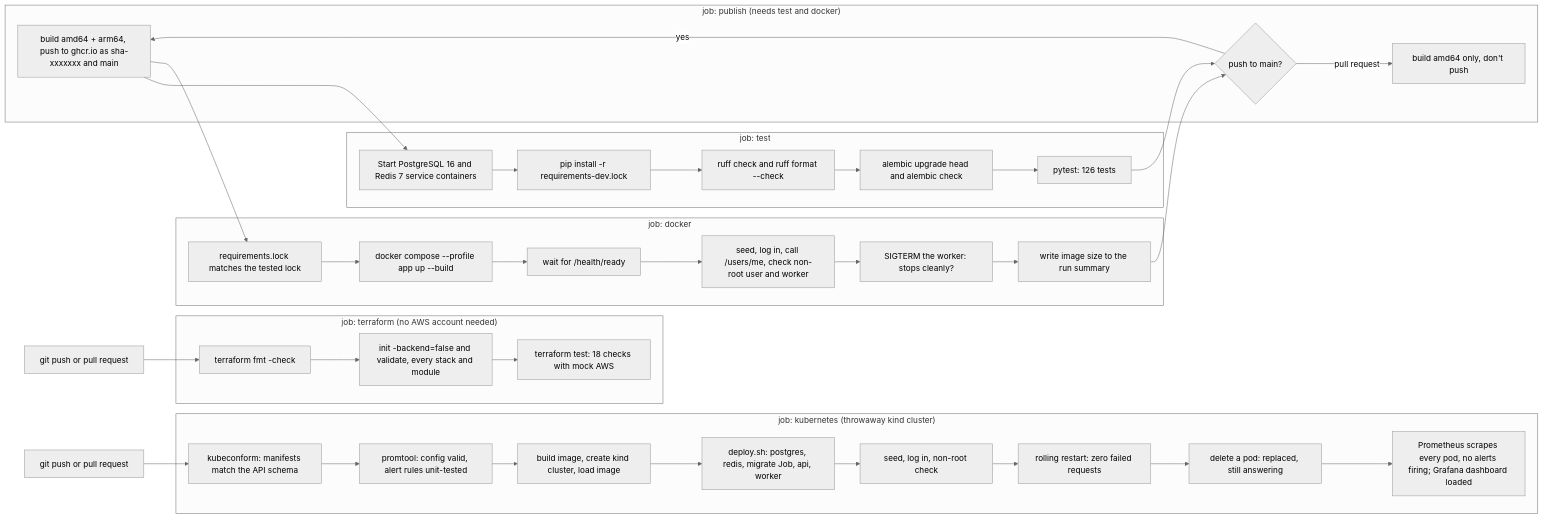
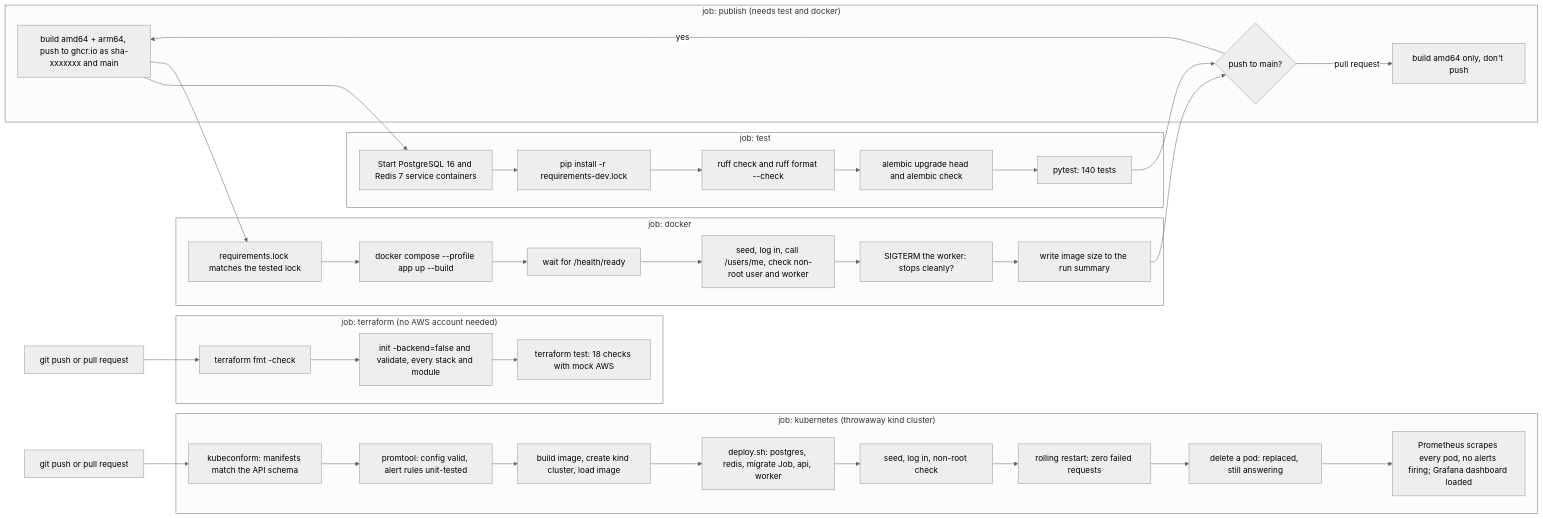
One commit to revant123/QuickServe changed the seventh of 16 diagrams in README.md. Above: the diagram before and after it, drawn with Mermaid (neutral theme). The commit also changed other lines of this file and 12 other files, not shown here.

````diff
--- a/README.md
+++ b/README.md
@@ -493,47 +495,47 @@
 ```mermaid
 flowchart LR
     push["git push or pull request"] --> pg
     push --> lock
 
     subgraph test["job: test"]
         pg["Start PostgreSQL 16 and Redis 7 service containers"] --> inst["pip install -r requirements-dev.lock"]
         inst --> lint["ruff check and ruff format --check"]
         lint --> mig["alembic upgrade head and alembic check"]
-        mig --> pyt["pytest: 126 tests"]
+        mig --> pyt["pytest: 140 tests"]
     end
 
     subgraph docker["job: docker"]
         lock["requirements.lock matches the tested lock"] --> build["docker compose --profile app up --build"]
         build --> ready["wait for /health/ready"]
         ready --> smoke["seed, log in, call /users/me, check non-root user and worker"]
         smoke --> stop["SIGTERM the worker: stops cleanly?"]
         stop --> size["write image size to the run summary"]
     end
 
     pyt --> pub
     size --> pub
 
     subgraph publish["job: publish (needs test and docker)"]
         pub{"push to main?"} -->|"yes"| push["build amd64 + arm64, push to ghcr.io as sha-xxxxxxx and main"]
         pub -->|"pull request"| only["build amd64 only, don't push"]
     end
 
     push2["git push or pull request"] --> tf
 
     subgraph terraform["job: terraform (no AWS account needed)"]
         tf["terraform fmt -check"] --> val["init -backend=false and validate, every stack and module"]
         val --> tftest["terraform test: 18 checks with mock AWS"]
     end
 
     push3["git push or pull request"] --> kc
 
     subgraph kubernetes["job: kubernetes (throwaway kind cluster)"]
         kc["kubeconform: manifests match the API schema"] --> kp["promtool: config valid, alert rules unit-tested"]
         kp --> kb["build image, create kind cluster, load image"]
         kb --> kd["deploy.sh: postgres, redis, migrate Job, api, worker"]
         kd --> ks["seed, log in, non-root check"]
         ks --> kr["rolling restart: zero failed requests"]
         kr --> kh["delete a pod: replaced, still answering"]
         kh --> km["Prometheus scrapes every pod, no alerts firing; Grafana dashboard loaded"]
     end
 ```
````
